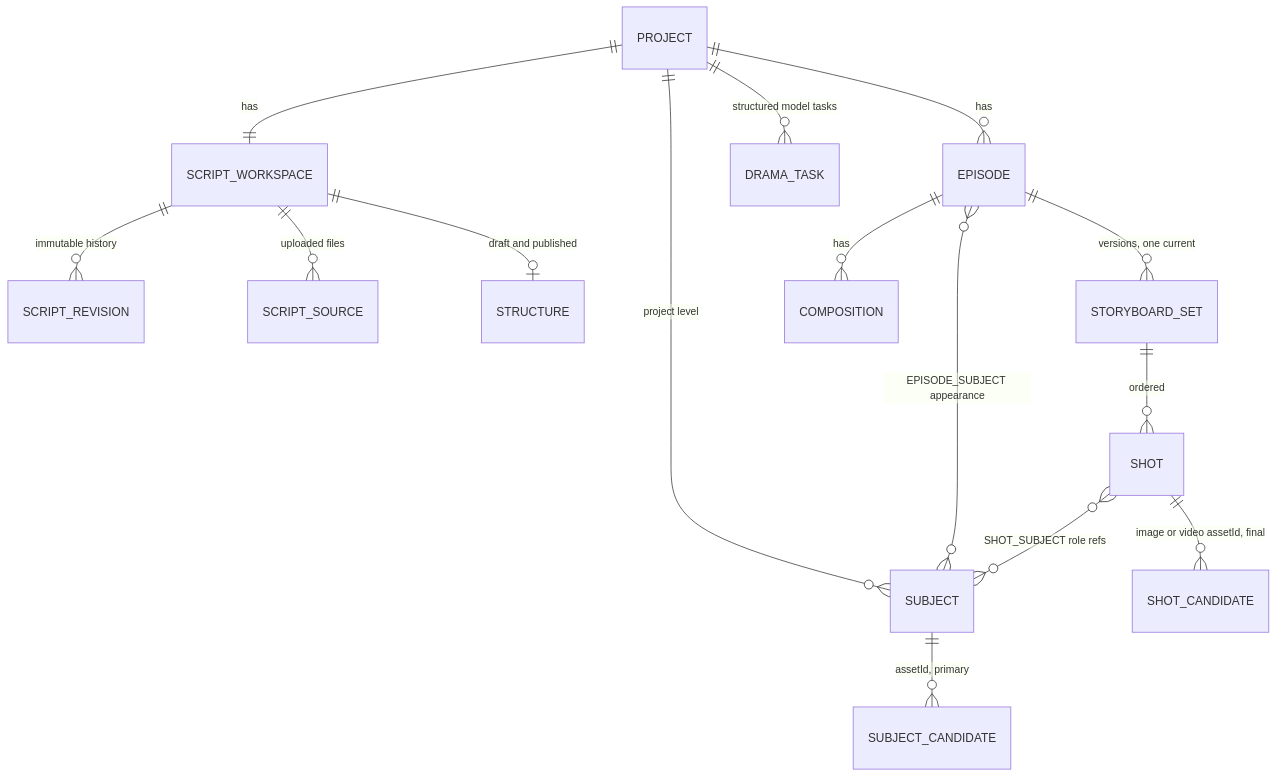
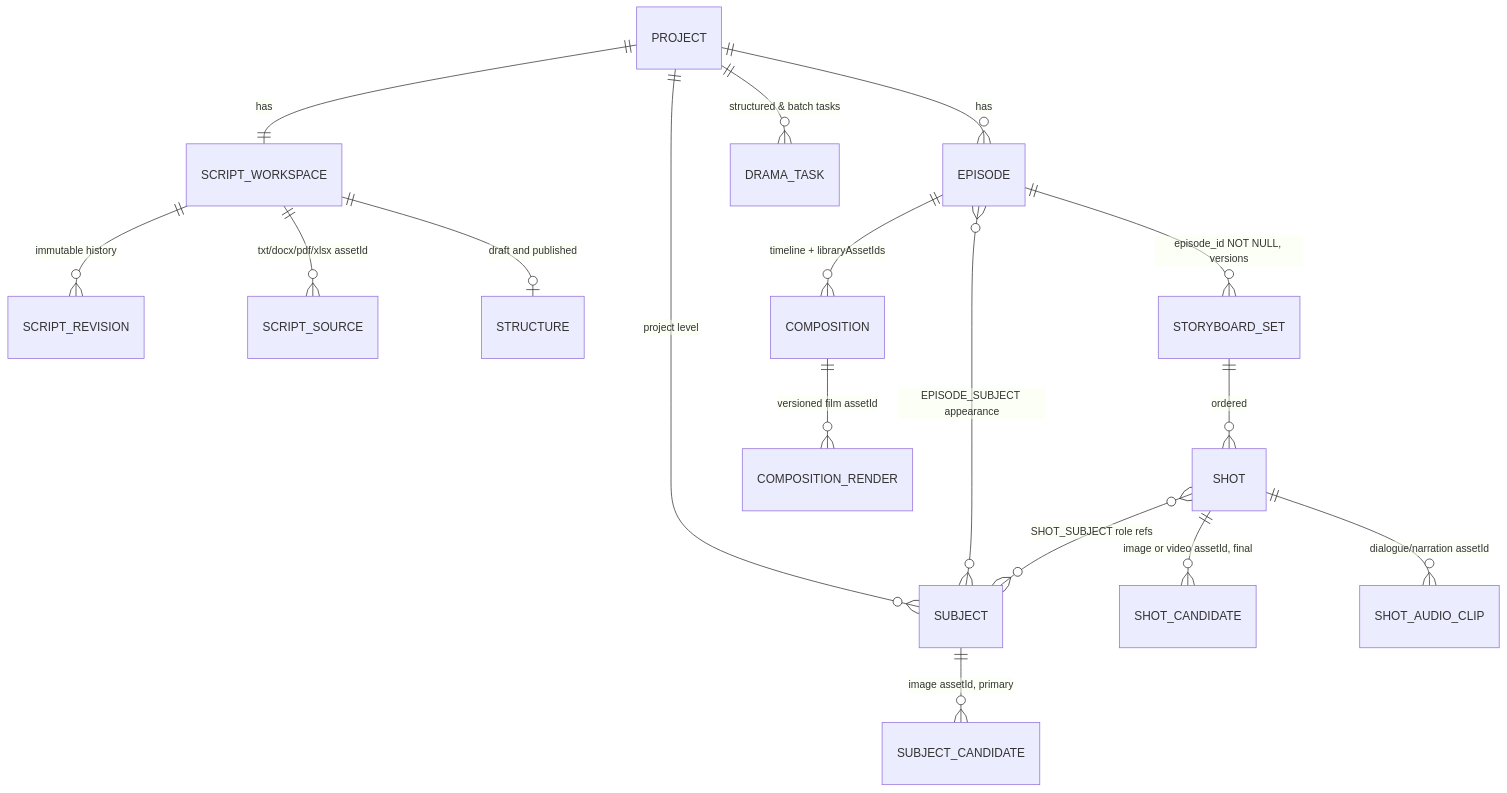
Before and after one commit to whm-cell/mio: the diagram in docs/tasks/drama-workflow/prd.md, drawn with Mermaid. The commit also changed other lines of this file and 4 other files, not shown here.

Commit message:
docs(prd): add prompt-runtime PRD and align drama, canvas, and asset PRDs

````diff
--- a/docs/tasks/drama-workflow/prd.md
+++ b/docs/tasks/drama-workflow/prd.md
@@ -50,17 +44,19 @@
 ```mermaid
 erDiagram
   PROJECT ||--|| SCRIPT_WORKSPACE : has
   SCRIPT_WORKSPACE ||--o{ SCRIPT_REVISION : "immutable history"
-  SCRIPT_WORKSPACE ||--o{ SCRIPT_SOURCE : "uploaded files"
+  SCRIPT_WORKSPACE ||--o{ SCRIPT_SOURCE : "txt/docx/pdf/xlsx assetId"
   SCRIPT_WORKSPACE ||--o| STRUCTURE : "draft and published"
   PROJECT ||--o{ EPISODE : has
   PROJECT ||--o{ SUBJECT : "project level"
   EPISODE }o--o{ SUBJECT : "EPISODE_SUBJECT appearance"
-  SUBJECT ||--o{ SUBJECT_CANDIDATE : "assetId, primary"
-  EPISODE ||--o{ STORYBOARD_SET : "versions, one current"
+  SUBJECT ||--o{ SUBJECT_CANDIDATE : "image assetId, primary"
+  EPISODE ||--o{ STORYBOARD_SET : "episode_id NOT NULL, versions"
   STORYBOARD_SET ||--o{ SHOT : ordered
   SHOT }o--o{ SUBJECT : "SHOT_SUBJECT role refs"
   SHOT ||--o{ SHOT_CANDIDATE : "image or video assetId, final"
-  EPISODE ||--o{ COMPOSITION : has
-  PROJECT ||--o{ DRAMA_TASK : "structured model tasks"
+  SHOT ||--o{ SHOT_AUDIO_CLIP : "dialogue/narration assetId"
+  EPISODE ||--o{ COMPOSITION : "timeline + libraryAssetIds"
+  COMPOSITION ||--o{ COMPOSITION_RENDER : "versioned film assetId"
+  PROJECT ||--o{ DRAMA_TASK : "structured & batch tasks"
 ```
````
